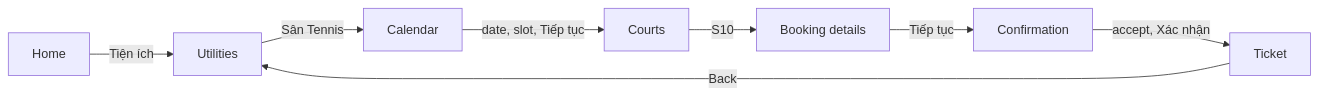
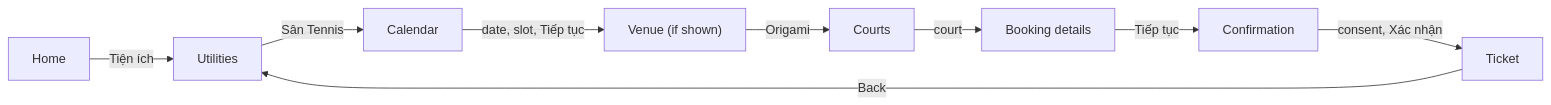
The diagram in README.md (HauPham-Wts/vh-tennis-booker), drawn with Mermaid before and after one commit. The commit also changed other lines of this file and 1 other file, not shown here.

````diff
--- a/README.md
+++ b/README.md
@@ -49,10 +46,11 @@
 ```mermaid
 flowchart LR
     A[Home] -->|Tiện ích| B[Utilities]
     B -->|Sân Tennis| C[Calendar]
-    C -->|date, slot, Tiếp tục| D[Courts]
-    D -->|S10| E[Booking details]
+    C -->|date, slot, Tiếp tục| V["Venue (if shown)"]
+    V -->|Origami| D[Courts]
+    D -->|court| E[Booking details]
     E -->|Tiếp tục| F[Confirmation]
-    F -->|accept, Xác nhận| G[Ticket]
+    F -->|consent, Xác nhận| G[Ticket]
     G -->|Back| B
 ```
````
